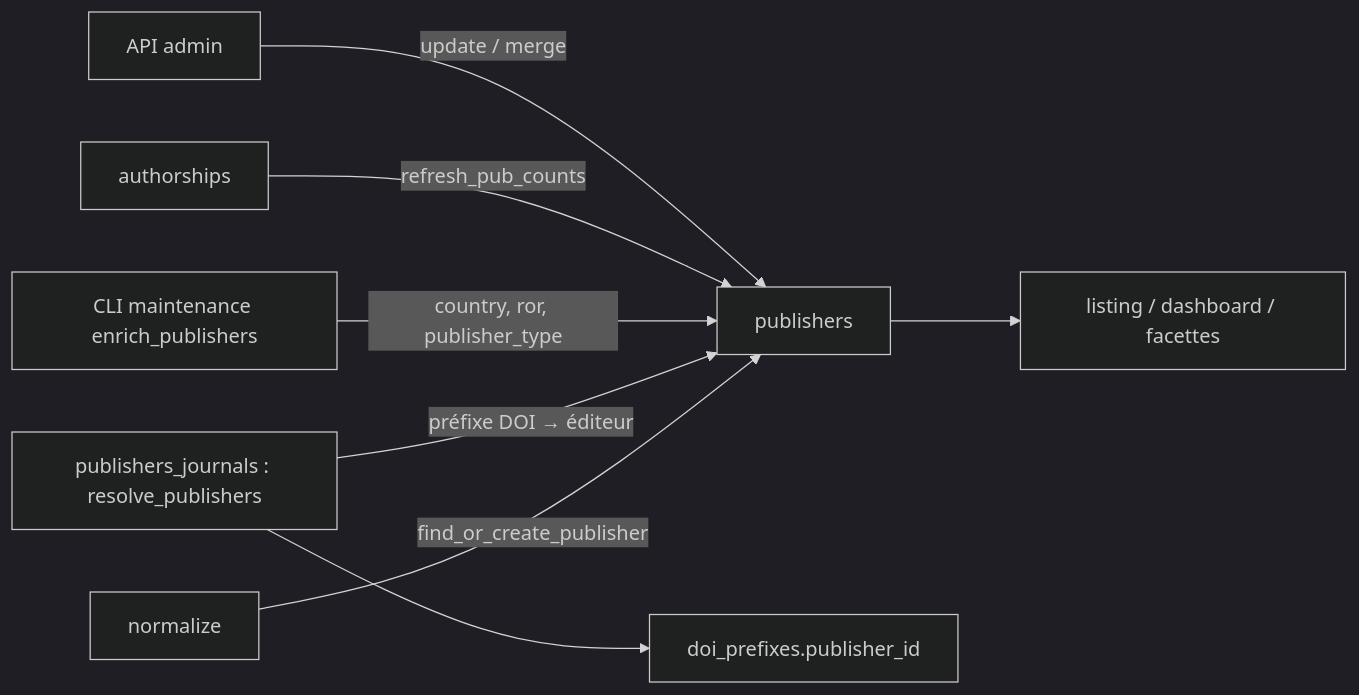
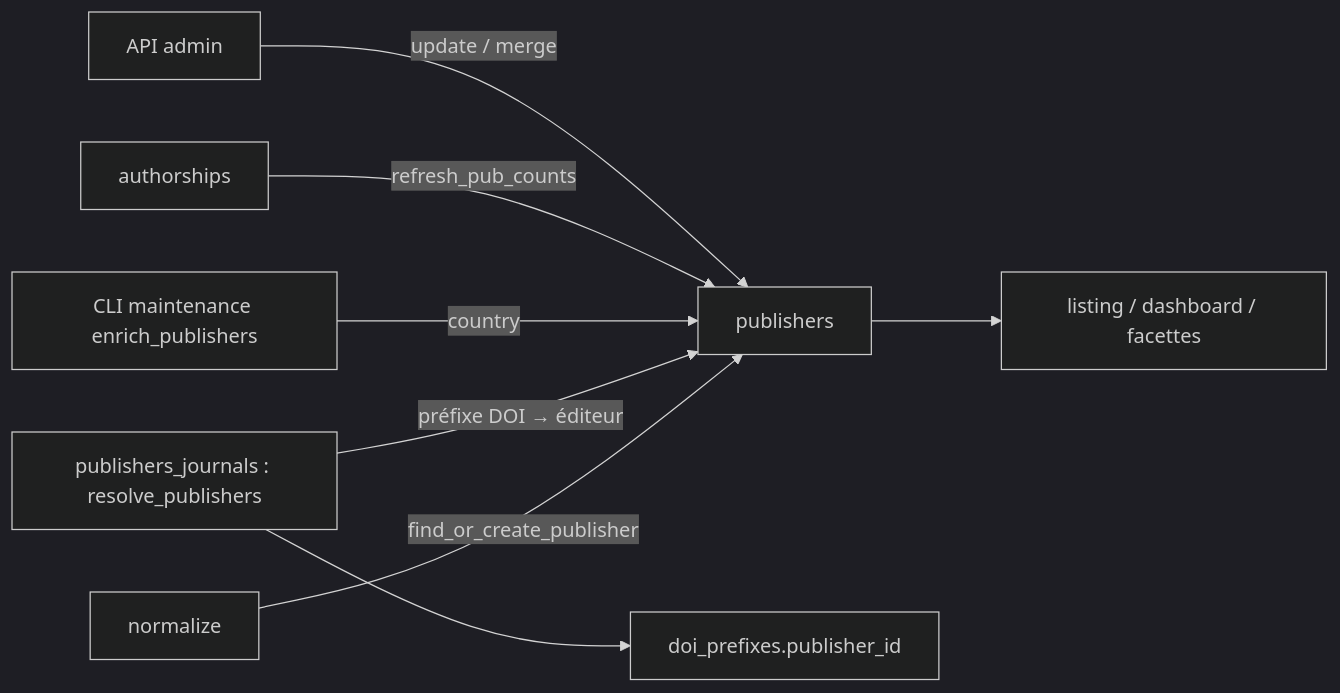
The diagram in docs/agregats/publishers.md (Y33sha/bibliometrie-uca), drawn with Mermaid (dark theme) before and after one commit. The commit also changed other lines of this file and 24 other files, not shown here.

First line of the commit message:
refactor(publishers): retire la source ROR, l'enrichissement pays Crossref-member et la colonne ror

````diff
--- a/docs/agregats/publishers.md
+++ b/docs/agregats/publishers.md
@@ -19,10 +19,10 @@
 ```mermaid
 flowchart LR
     N[normalize] -->|find_or_create_publisher| P[publishers]
     RP[publishers_journals : resolve_publishers] -->|préfixe DOI → éditeur| P
     RP --> DP[doi_prefixes.publisher_id]
-    ENR[CLI maintenance enrich_publishers] -->|country, ror, publisher_type| P
+    ENR[CLI maintenance enrich_publishers] -->|country| P
     AU[authorships] -->|refresh_pub_counts| P
     ADM[API admin] -->|update / merge| P
     P --> API[listing / dashboard / facettes]
 ```
````
